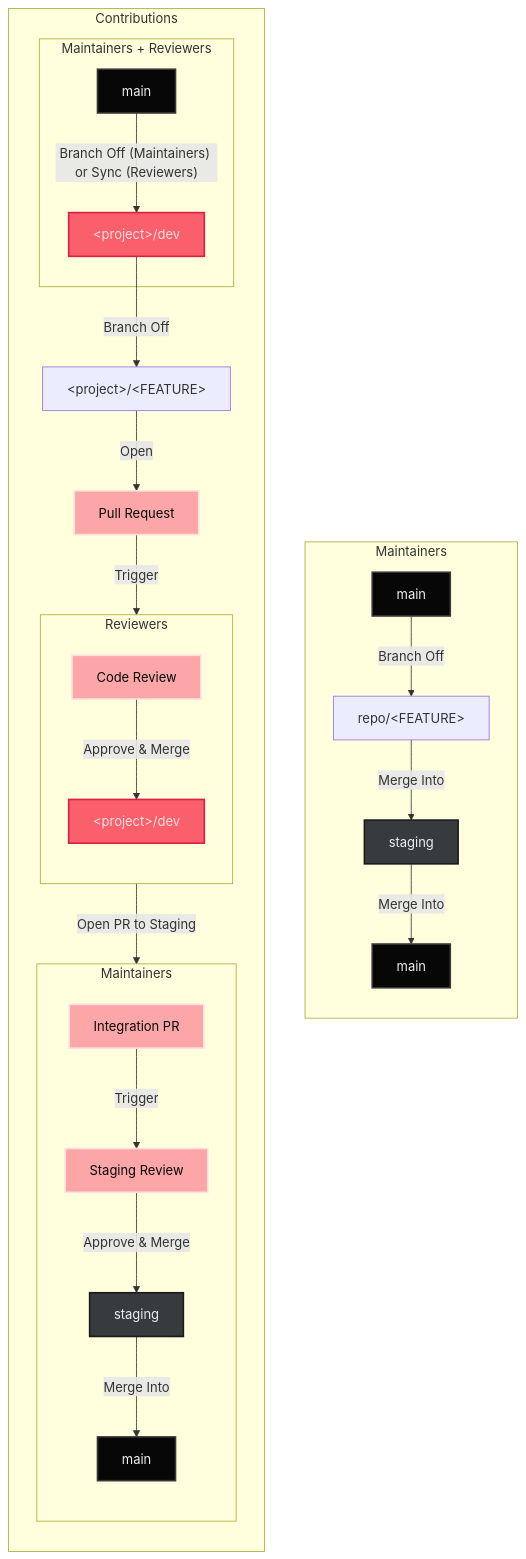
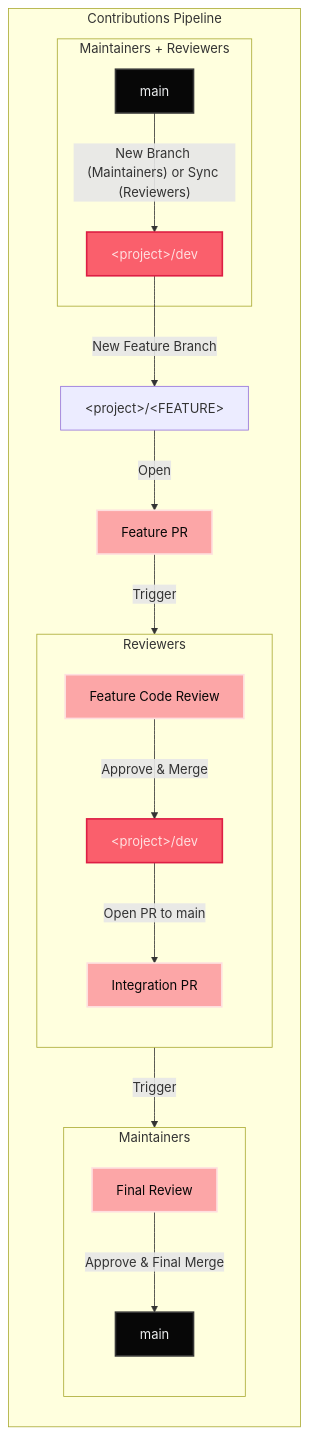
Before and after one commit to AURobotics/UGVC-Rover-26: the first of 2 diagrams in README.md, drawn with Mermaid. The commit also changed other lines of this file, not shown here.

Commit message:
More clarifications and removal of staging branch

````diff
--- a/README.md
+++ b/README.md
@@ -32,45 +32,38 @@
 ```mermaid
 graph TD
 
-    subgraph AdminTrack ["Maintainers"]
-        direction TB
-        MainStart1["main"] --> |Branch Off| MainFeature["repo/&lt;FEATURE&gt;"]
-        MainFeature --> |Merge Into| Staging1["staging"]
-        Staging1 -->|Merge Into| MainEnd1["main"]
-    end
-
-    subgraph ProjectTrack ["Contributions"]
+    subgraph ProjectTrack ["Contributions Pipeline"]
         direction TB
         subgraph ReviewerSyncSub ["Maintainers + Reviewers"]
-            MainStart2["main"] -->|Branch Off &lpar;Maintainers&rpar; or Sync &lpar;Reviewers&rpar;| ProjDev1["&lt;project&gt;/dev"]
+            MainStart2["main"] -->|New Branch &lpar;Maintainers&rpar; or Sync &lpar;Reviewers&rpar;| ProjDev1["&lt;project&gt;/dev"]
         end
-        ProjDev1 -->|Branch Off| ProjFeature["&lt;project&gt;/&lt;FEATURE&gt;"]
-        ProjFeature -->|Open| PRStep["Pull Request"]
+        ProjDev1 -->|New Feature Branch| ProjFeature["&lt;project&gt;/&lt;FEATURE&gt;"]
+        ProjFeature -->|Open| PRStep["Feature PR"]
         
         subgraph ReviewerPrSub ["Reviewers"]
             direction TB
-            ReviewStep["Code Review"] -->|Approve & Merge| ProjDev2["&lt;project&gt;/dev"]
-        end
+            ReviewStep["Feature Code Review"] -->|Approve & Merge| ProjDev2["&lt;project&gt;/dev"]
+            IntegrationPR["Integration PR"]
+        end ReviewerPrSub
         
         subgraph DevMaintainers ["Maintainers"]
             direction TB
-            StagingPR["Integration PR"] -->|Trigger| StagingReview["Staging Review"]
-            StagingReview -->|Approve & Merge| Staging2["staging"]
-            Staging2 -->|Merge Into| MainEnd2["main"]
+            IntegrationPR -->|Trigger| FinalReview["Final Review"]
+            FinalReview -->|Approve & Final Merge| MainEnd2["main"]
         end
 
         PRStep -->|Trigger| ReviewStep
-        ProjDev2 -->|Open PR to Staging| StagingPR
+        
+        %% Flow from project dev branch into the main integration pipeline
+        ProjDev2 -->|Open PR to main| IntegrationPR
     end
 
     classDef mainBranch fill:#070707,stroke:#373737,stroke-width:2px,color:#EDEFF0;
-    classDef stagingBranch fill:#383B3D,stroke:#191B1C,stroke-width:2px,color:#EDEFF0;
     classDef devBranch fill:#FA5F6C,stroke:#DD1F44,stroke-width:2px,color:#FEDFDF;
     classDef reviewNode fill:#FCA6A7,stroke:#FEDFDF,stroke-width:2px,color:#070707;
 
-    class MainStart1,MainEnd1,MainStart2,MainEnd2 mainBranch
-    class Staging1,Staging2 stagingBranch
+    class MainStart2,MainEnd2 mainBranch
     class ProjDev1,ProjDev2 devBranch
-    class MainFeature,ProjFeature featureBranch
-    class PRStep,ReviewStep,StagingPR,StagingReview reviewNode
+    class ProjFeature featureBranch
+    class PRStep,ReviewStep,IntegrationPR,FinalReview reviewNode
 ```
````
